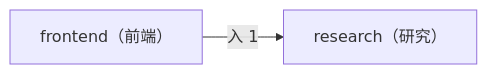
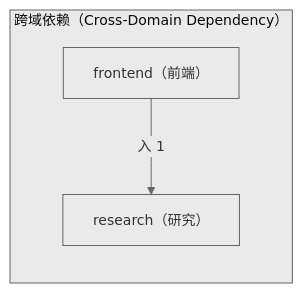
Before and after one commit to xuanFelixVan/ZephyrAlpha: the second of 2 diagrams in docs/02_enterprise_architecture/06_decision_architecture/09_decision_l2a_research.md, drawn with Mermaid. The commit also changed other lines of this file and 23 other files, not shown here.

First line of the commit message:
fix(decision-diagram): mermaid 图加 subgraph 容器 + clusterBkg 主题变量

````diff
--- a/docs/02_enterprise_architecture/06_decision_architecture/09_decision_l2a_research.md
+++ b/docs/02_enterprise_architecture/06_decision_architecture/09_decision_l2a_research.md
@@ -92,6 +93,9 @@
 ```mermaid
+%%{init: {'theme': 'base', 'themeVariables': {'primaryColor': '#eaeaea', 'primaryTextColor': '#333333', 'primaryBorderColor': '#666666', 'lineColor': '#666666', 'clusterBkg': '#eaeaea', 'clusterBorder': '#666666', 'fontSize': '14px'}}}%%
 flowchart LR
-    SELF["research（研究）"]
-    EXT_frontend["frontend（前端）"]
-    EXT_frontend -->|入 1| SELF
+    subgraph cd_sg["跨域依赖（Cross-Domain Dependency）"]
+        SELF["research（研究）"]
+        EXT_frontend["frontend（前端）"]
+        EXT_frontend -->|入 1| SELF
+    end
 ```
````
